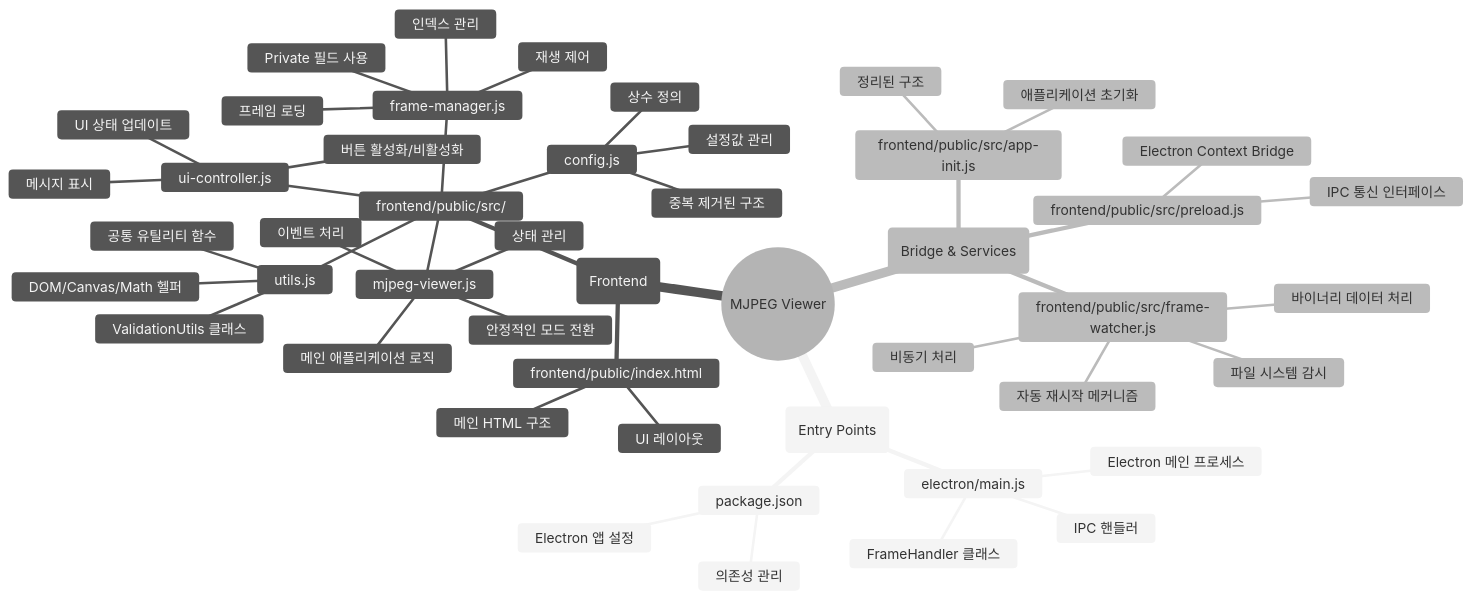
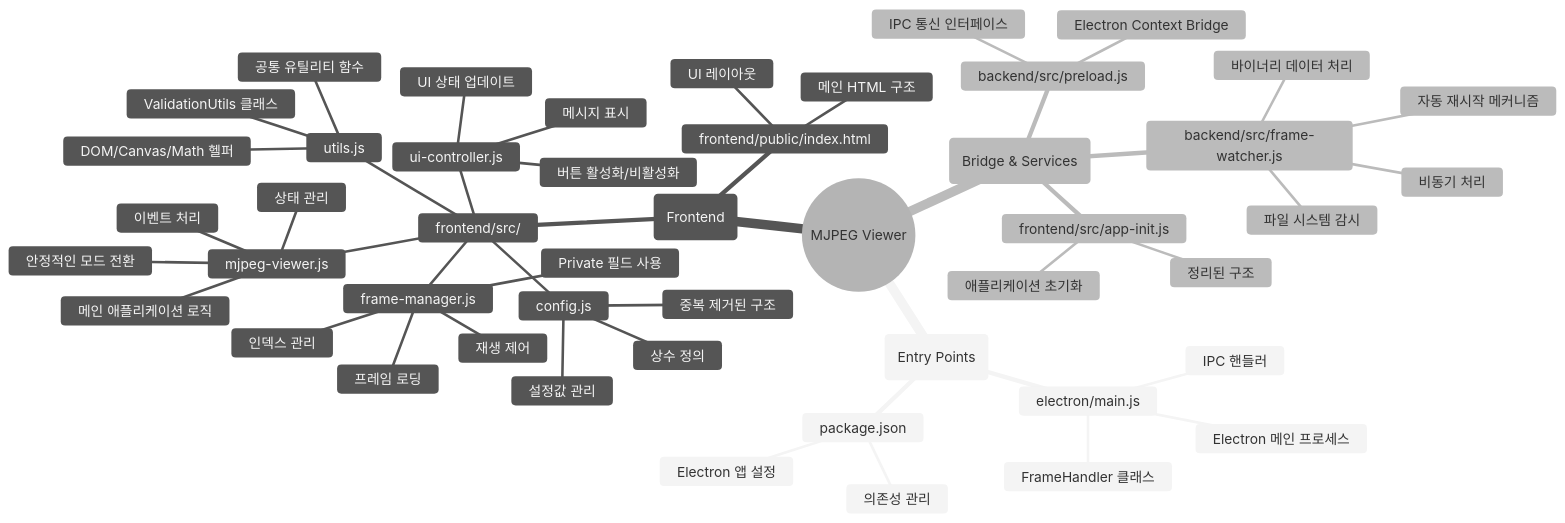
Before and after one commit to ddonyo/camera: the second of 4 diagrams in README.md, drawn with Mermaid (neutral theme). The commit also changed other lines of this file and 10 other files, not shown here.

````diff
--- a/README.md
+++ b/README.md
@@ -155,51 +155,51 @@
 ```mermaid
 mindmap
   root((MJPEG Viewer))
     (Entry Points)
       package.json
         Electron 앱 설정
         의존성 관리
       electron/main.js
         Electron 메인 프로세스
         FrameHandler 클래스
         IPC 핸들러
     (Frontend)
       frontend/public/index.html
         메인 HTML 구조
         UI 레이아웃
-      frontend/public/src/
+      frontend/src/
         mjpeg-viewer.js
           메인 애플리케이션 로직
           상태 관리
           이벤트 처리
           안정적인 모드 전환
         frame-manager.js
           프레임 로딩
           재생 제어
           인덱스 관리
           Private 필드 사용
         ui-controller.js
           UI 상태 업데이트
           버튼 활성화/비활성화
           메시지 표시
         config.js
           상수 정의
           설정값 관리
           중복 제거된 구조
         utils.js
           공통 유틸리티 함수
           ValidationUtils 클래스
           DOM/Canvas/Math 헬퍼
     (Bridge & Services)
-      frontend/public/src/preload.js
+      backend/src/preload.js
         Electron Context Bridge
         IPC 통신 인터페이스
-      frontend/public/src/frame-watcher.js
+      backend/src/frame-watcher.js
         파일 시스템 감시
         바이너리 데이터 처리
         자동 재시작 메커니즘
         비동기 처리
-      frontend/public/src/app-init.js
+      frontend/src/app-init.js
         애플리케이션 초기화
         정리된 구조
 ```
````
